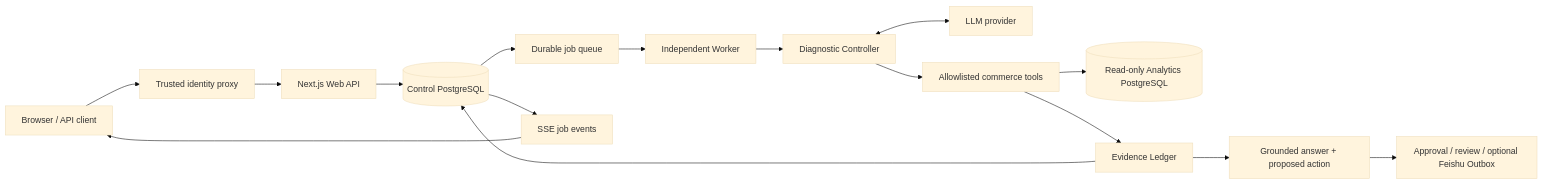
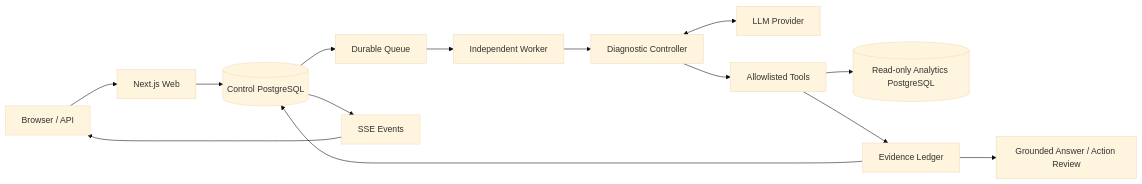
Before and after one commit to xueying24100-source/commerce-conversational-data-agent: the diagram in README.md, drawn with Mermaid (base theme). The commit also changed other lines of this file and 27 other files, not shown here.

````diff
--- a/README.md
+++ b/README.md
@@ -30,18 +34,16 @@
-~~~mermaid
+```mermaid
 flowchart LR
-  U[Browser / API client] --> P[Trusted identity proxy]
-  P --> W[Next.js Web API]
+  U[Browser / API] --> W[Next.js Web]
   W --> C[(Control PostgreSQL)]
-  C --> Q[Durable job queue]
+  C --> Q[Durable Queue]
   Q --> K[Independent Worker]
   K --> D[Diagnostic Controller]
-  D <--> M[LLM provider]
-  D --> T[Allowlisted commerce tools]
+  D <--> M[LLM Provider]
+  D --> T[Allowlisted Tools]
   T --> A[(Read-only Analytics PostgreSQL)]
   T --> E[Evidence Ledger]
   E --> C
-  C --> S[SSE job events]
+  C --> S[SSE Events]
   S --> U
-  E --> X[Grounded answer + proposed action]
-  X --> O[Approval / review / optional Feishu Outbox]
-~~~
+  E --> O[Grounded Answer / Action Review]
+```
````
